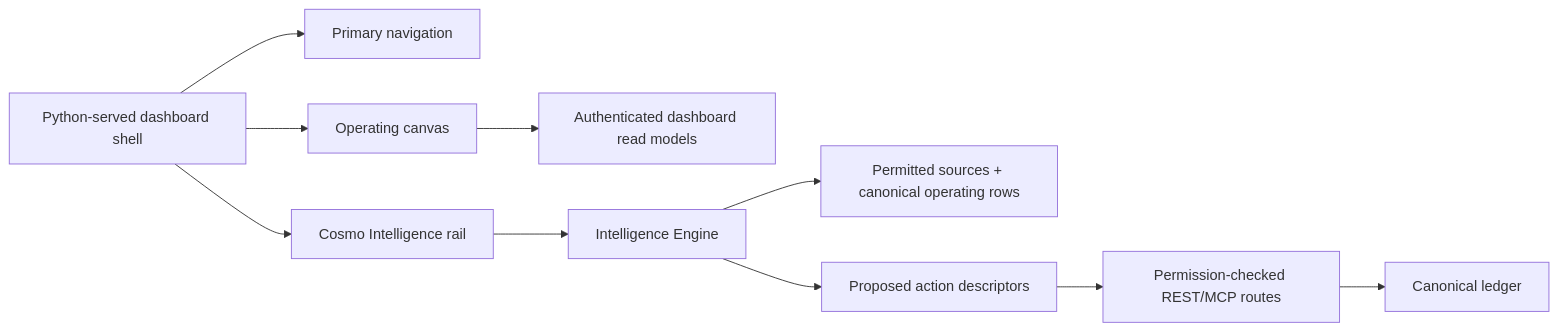
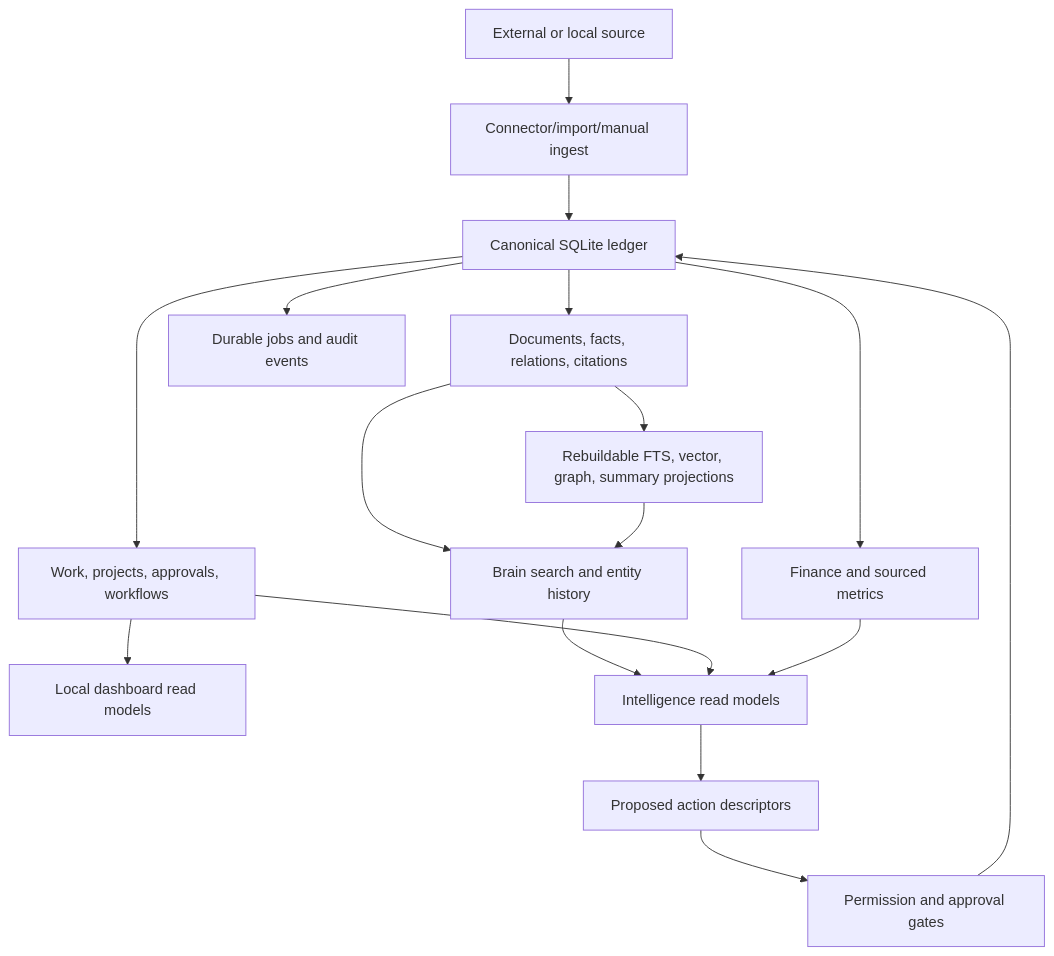
One commit to wasayijaz/Auremgrid-Company-OS changed the diagram in README.md. Above: the diagram before and after it, drawn with Mermaid. The commit also changed other lines of this file and 16 other files, not shown here.

````diff
--- a/README.md
+++ b/README.md
@@ -164,12 +83,19 @@
 ```mermaid
-flowchart LR
-    Shell[Python-served dashboard shell] --> Nav[Primary navigation]
-    Shell --> Canvas[Operating canvas]
-    Shell --> Rail[Cosmo Intelligence rail]
-    Canvas --> DashAPI[Authenticated dashboard read models]
-    Rail --> Intel[Intelligence Engine]
-    Intel --> Evidence[Permitted sources + canonical operating rows]
-    Intel --> Proposed[Proposed action descriptors]
-    Proposed --> Routes[Permission-checked REST/MCP routes]
-    Routes --> Ledger[Canonical ledger]
+flowchart TD
+    Source[External or local source] --> Ingest[Connector/import/manual ingest]
+    Ingest --> Ledger[Canonical SQLite ledger]
+    Ledger --> Evidence[Documents, facts, relations, citations]
+    Ledger --> Work[Work, projects, approvals, workflows]
+    Ledger --> Finance[Finance and sourced metrics]
+    Ledger --> Jobs[Durable jobs and audit events]
+    Evidence --> Proj[Rebuildable FTS, vector, graph, summary projections]
+    Work --> Dashboard[Local dashboard read models]
+    Evidence --> Brain[Brain search and entity history]
+    Proj --> Brain
+    Brain --> Intel[Intelligence read models]
+    Work --> Intel
+    Finance --> Intel
+    Intel --> Descriptors[Proposed action descriptors]
+    Descriptors --> Gates[Permission and approval gates]
+    Gates --> Ledger
 ```
````
